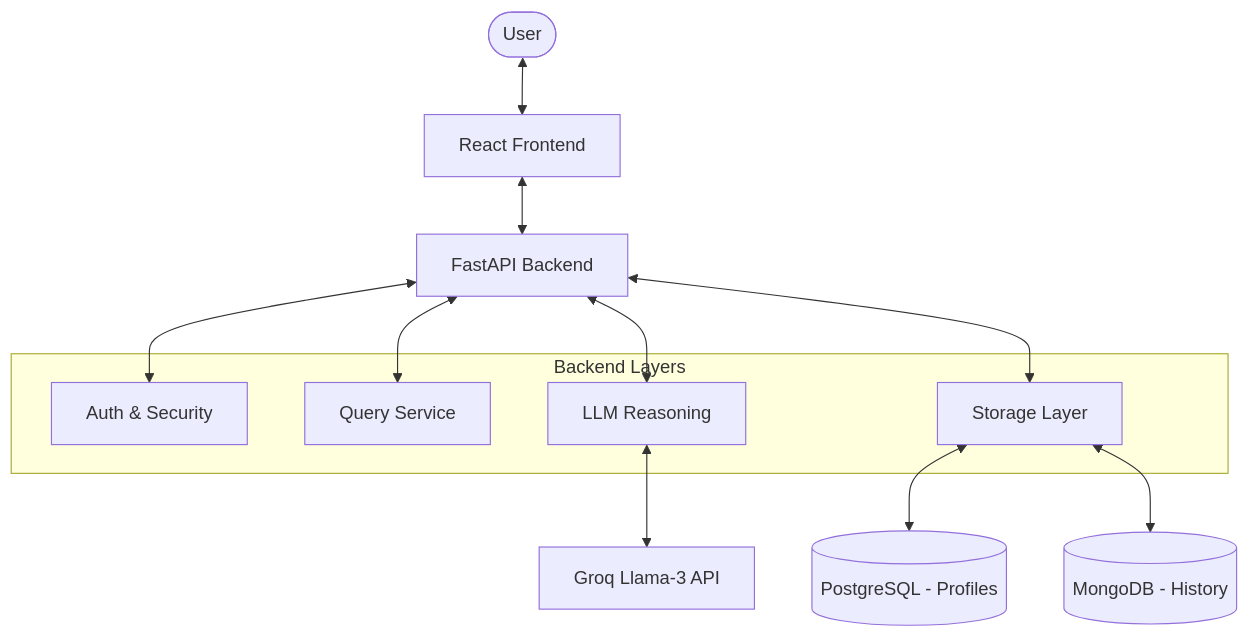
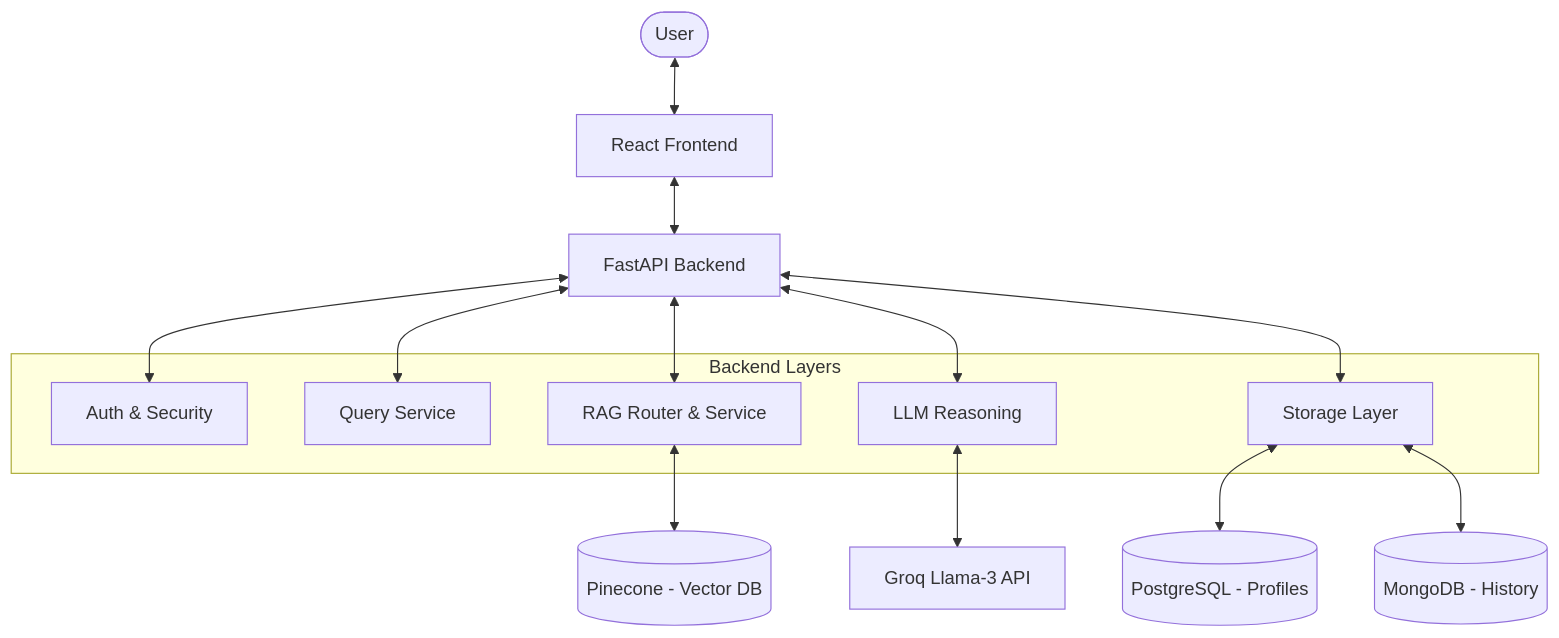
Before and after one commit to Kakumanu-Harshitha/MedIntel-AI: the first of 3 diagrams in ARCHITECTURE.md, drawn with Mermaid. The commit also changed other lines of this file and 49 other files, not shown here.

````diff
--- a/ARCHITECTURE.md
+++ b/ARCHITECTURE.md
@@ -13,21 +13,24 @@
 ```mermaid
 graph TD
     User([User]) <--> Frontend[React Frontend]
     Frontend <--> Backend[FastAPI Backend]
     
     subgraph Backend Layers
         Auth[Auth & Security]
         Query[Query Service]
+        RAG[RAG Router & Service]
         LLM[LLM Reasoning]
         Storage[Storage Layer]
     end
     
     Backend <--> Auth
     Backend <--> Query
+    Backend <--> RAG
     Backend <--> LLM
     Backend <--> Storage
     
     LLM <--> Groq[Groq Llama-3 API]
+    RAG <--> Pinecone[(Pinecone - Vector DB)]
     Storage <--> PostgreSQL[(PostgreSQL - Profiles)]
     Storage <--> MongoDB[(MongoDB - History)]
 ```
````
